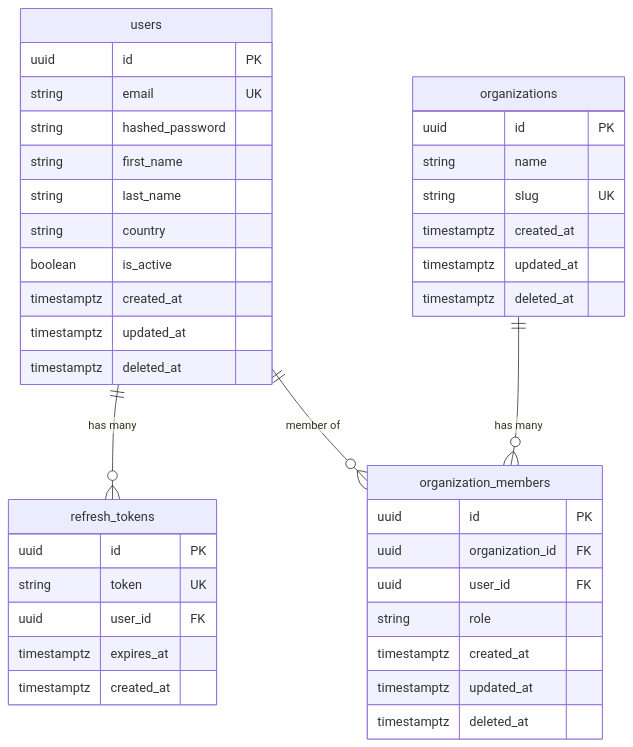
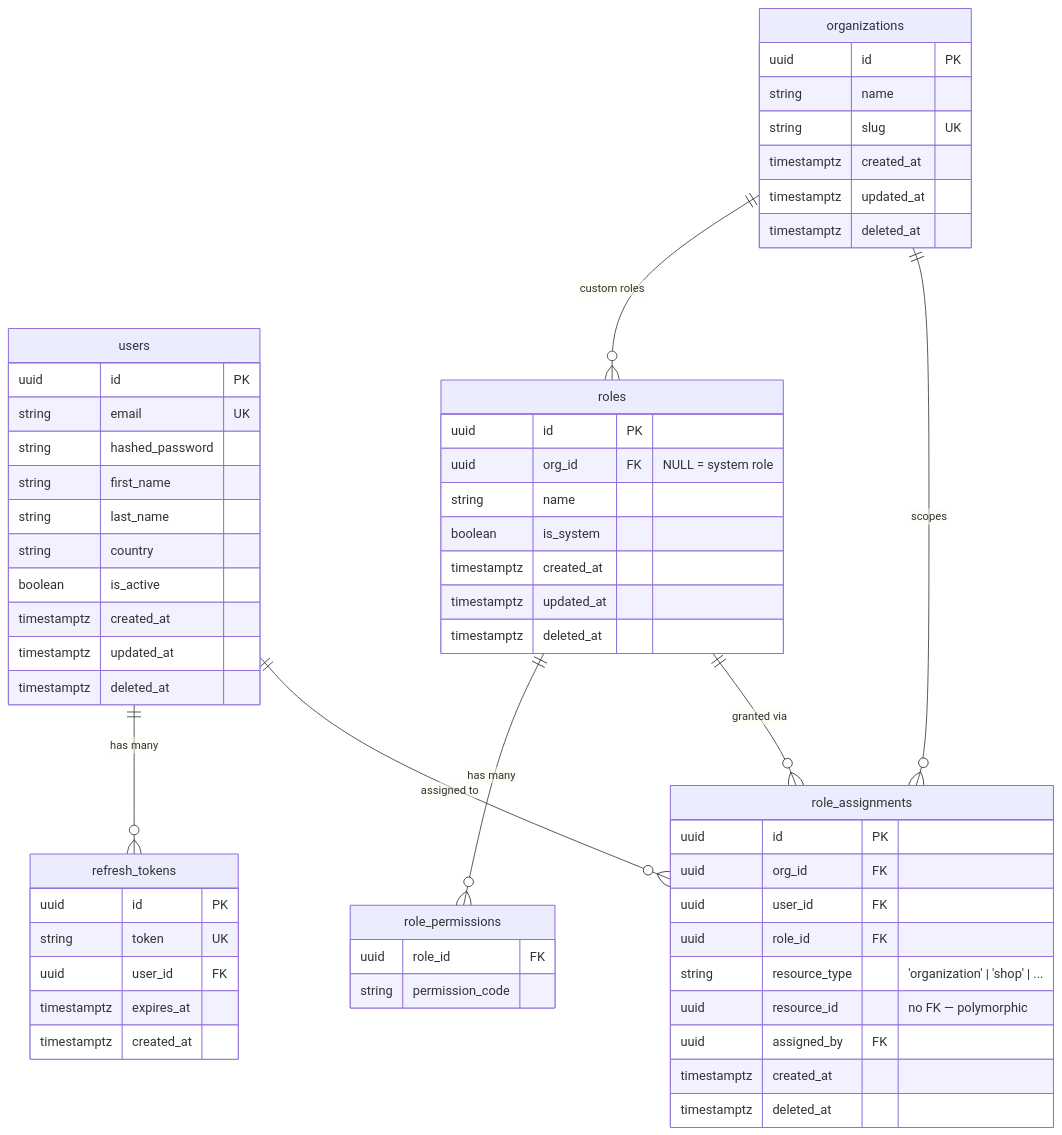
The diagram in backend/docs/data/erd.md (lucas-lawrence/fastapi-react-saas-starter), drawn with Mermaid before and after one commit. The commit also changed other lines of this file and 11 other files, not shown here.

First line of the commit message:
feat: replace organization_members with full RBAC (roles + role_assignments)

````diff
--- a/backend/docs/data/erd.md
+++ b/backend/docs/data/erd.md
@@ -5,46 +5,66 @@
 ```mermaid
 erDiagram
     users {
         uuid id PK
         string email UK
         string hashed_password
         string first_name
         string last_name
         string country
         boolean is_active
         timestamptz created_at
         timestamptz updated_at
         timestamptz deleted_at
     }
 
     refresh_tokens {
         uuid id PK
         string token UK
         uuid user_id FK
         timestamptz expires_at
         timestamptz created_at
     }
 
     organizations {
         uuid id PK
         string name
         string slug UK
         timestamptz created_at
         timestamptz updated_at
         timestamptz deleted_at
     }
 
-    organization_members {
+    roles {
         uuid id PK
-        uuid organization_id FK
-        uuid user_id FK
-        string role
+        uuid org_id FK "NULL = system role"
+        string name
+        boolean is_system
         timestamptz created_at
         timestamptz updated_at
         timestamptz deleted_at
     }
 
+    role_permissions {
+        uuid role_id FK
+        string permission_code
+    }
+
+    role_assignments {
+        uuid id PK
+        uuid org_id FK
+        uuid user_id FK
+        uuid role_id FK
+        string resource_type "'organization' | 'shop' | ..."
+        uuid resource_id "no FK — polymorphic"
+        uuid assigned_by FK
+        timestamptz created_at
+        timestamptz deleted_at
+    }
+
     users ||--o{ refresh_tokens : "has many"
-    organizations ||--o{ organization_members : "has many"
-    users ||--o{ organization_members : "member of"
+    organizations ||--o{ roles : "custom roles"
+    roles ||--o{ role_permissions : "has many"
+    organizations ||--o{ role_assignments : "scopes"
+    users ||--o{ role_assignments : "assigned to"
+    roles ||--o{ role_assignments : "granted via"
 ```
````
